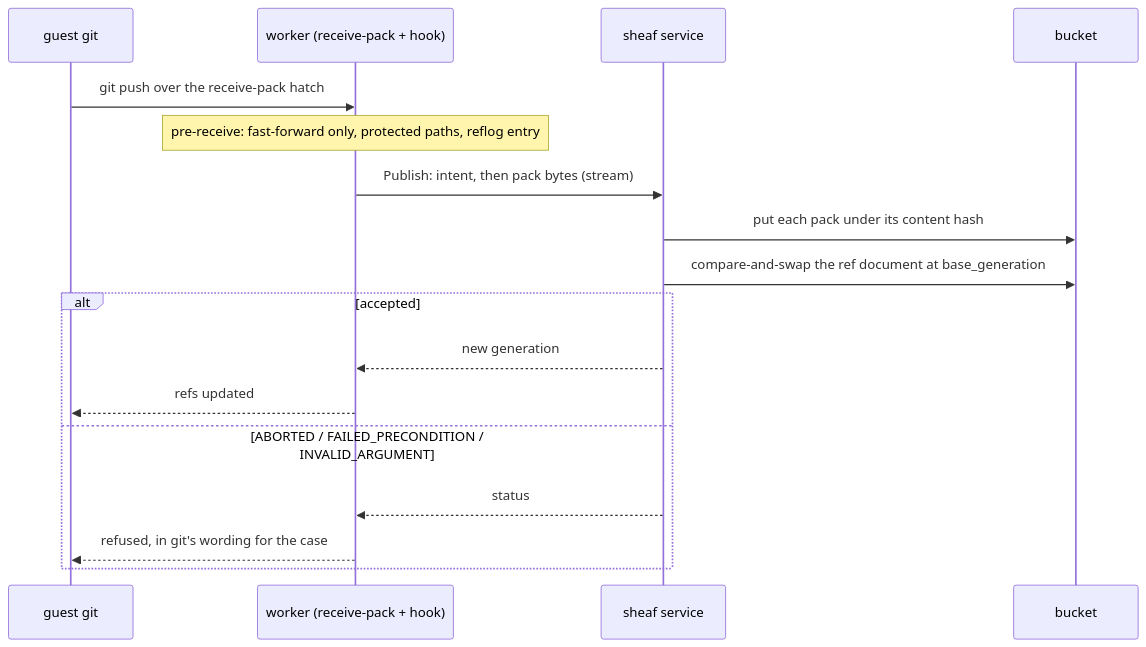
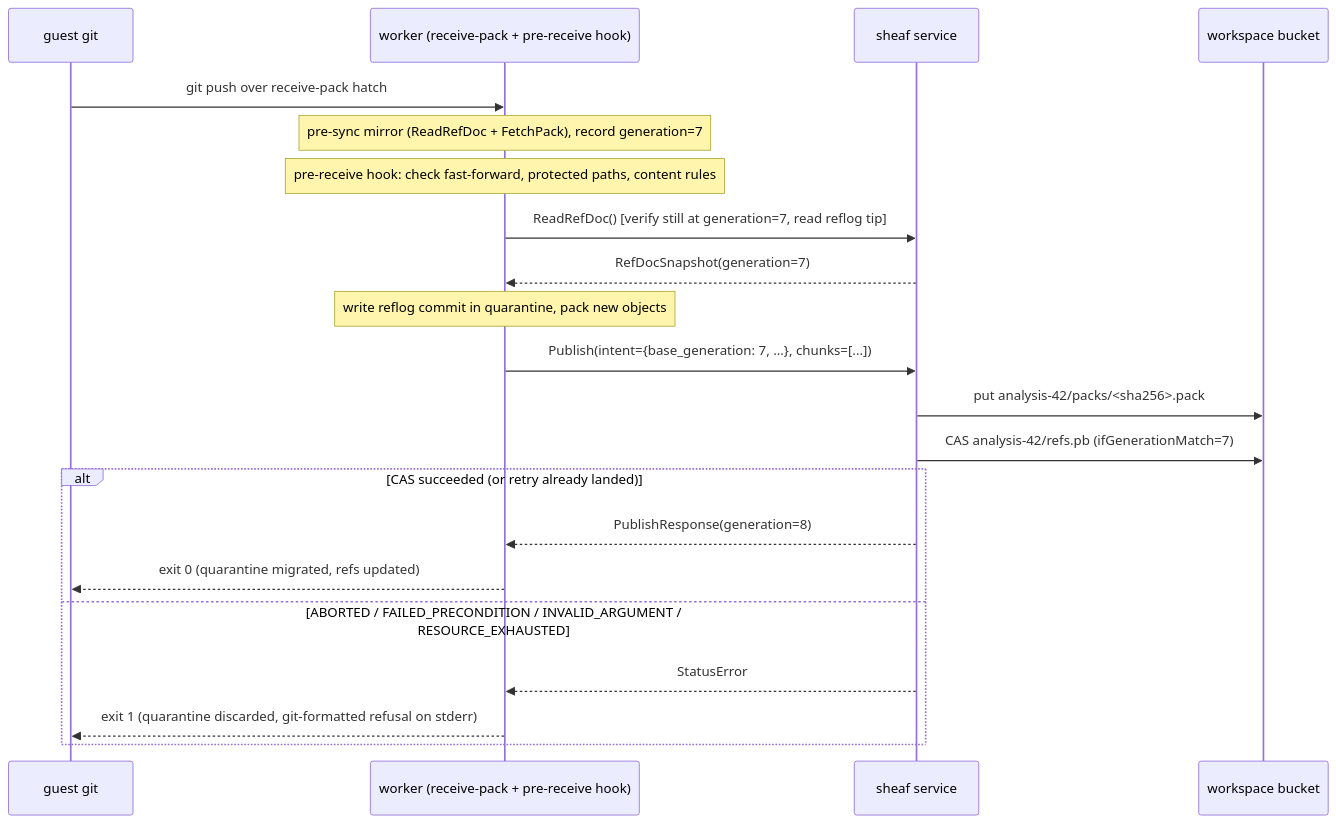
The second of 2 diagrams in docs/design/sheaf-service.md (populationgenomics/themis), drawn with Mermaid before and after one commit. The commit also changed other lines of this file and 34 other files, not shown here.

````diff
--- a/docs/design/sheaf-service.md
+++ b/docs/design/sheaf-service.md
@@ -200,19 +290,23 @@
 ```mermaid
 sequenceDiagram
     participant G as guest git
-    participant W as worker (receive-pack + hook)
+    participant W as worker (receive-pack + pre-receive hook)
     participant S as sheaf service
-    participant B as bucket
-    G->>W: git push over the receive-pack hatch
-    Note over W: pre-receive: fast-forward only, protected paths, reflog entry
-    W->>S: Publish: intent, then pack bytes (stream)
-    S->>B: put each pack under its content hash
-    S->>B: compare-and-swap the ref document at base_generation
-    alt accepted
-        S-->>W: new generation
-        W-->>G: refs updated
-    else ABORTED / FAILED_PRECONDITION / INVALID_ARGUMENT
-        S-->>W: status
-        W-->>G: refused, in git's wording for the case
+    participant B as workspace bucket
+    G->>W: git push over receive-pack hatch
+    Note over W: pre-sync mirror (ReadRefDoc + FetchPack), record generation=7
+    Note over W: pre-receive hook: check fast-forward, protected paths, content rules
+    W->>S: ReadRefDoc() [verify still at generation=7, read reflog tip]
+    S-->>W: RefDocSnapshot(generation=7)
+    Note over W: write reflog commit in quarantine, pack new objects
+    W->>S: Publish(intent={base_generation: 7, ...}, chunks=[...])
+    S->>B: put analysis-42/packs/<sha256>.pack
+    S->>B: CAS analysis-42/refs.pb (ifGenerationMatch=7)
+    alt CAS succeeded (or retry already landed)
+        S-->>W: PublishResponse(generation=8)
+        W-->>G: exit 0 (quarantine migrated, refs updated)
+    else ABORTED / FAILED_PRECONDITION / INVALID_ARGUMENT / RESOURCE_EXHAUSTED
+        S-->>W: StatusError
+        W-->>G: exit 1 (quarantine discarded, git-formatted refusal on stderr)
     end
 ```
````
